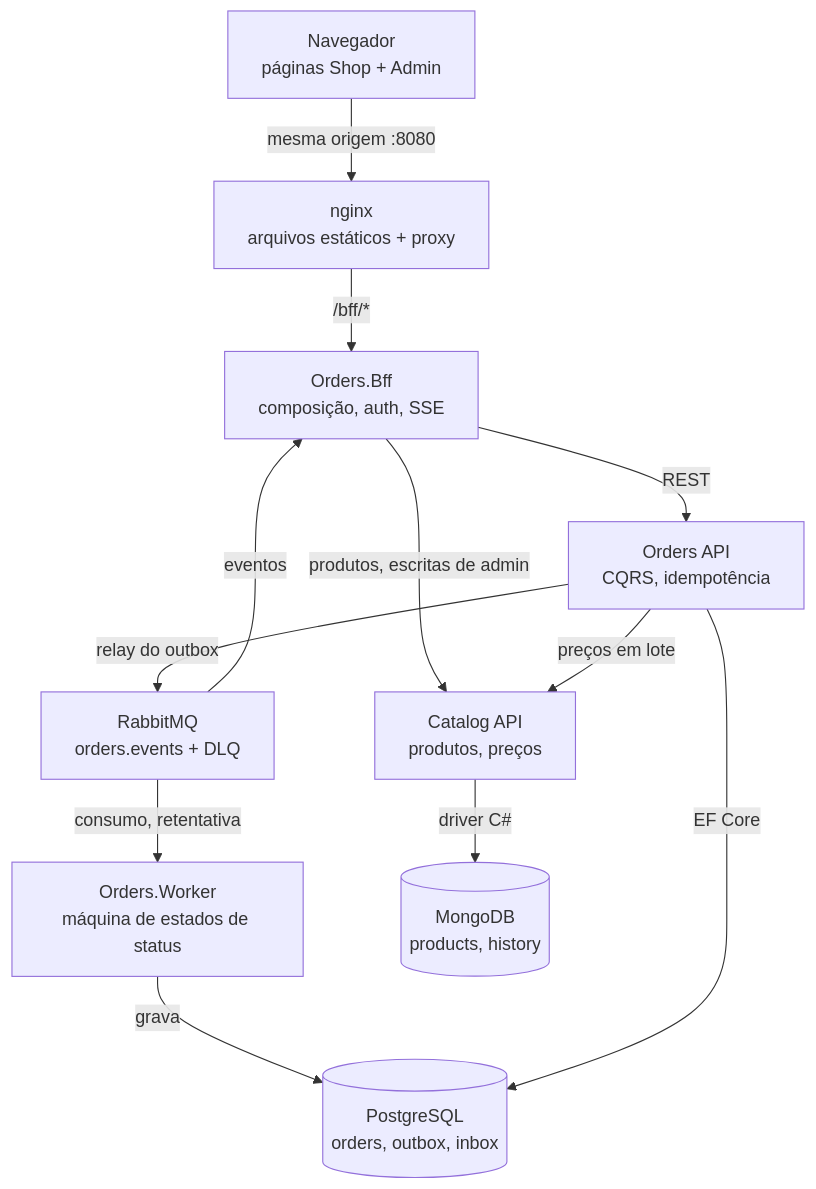
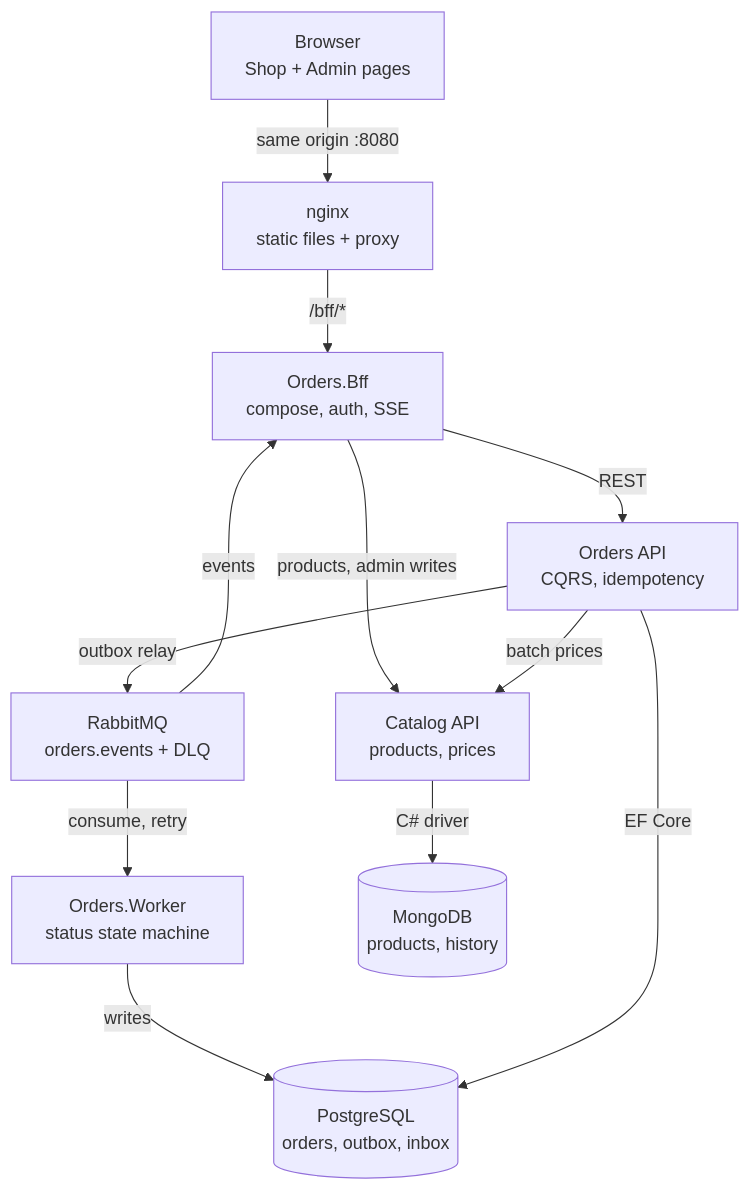
One commit to pleshw/StefaniniTest1 changed the diagram in docs/pt-br/01-implementation-plan.md. Above: the diagram before and after it, drawn with Mermaid. The commit also changed other lines of this file and 1 other file, not shown here.

````diff
--- a/docs/pt-br/01-implementation-plan.md
+++ b/docs/pt-br/01-implementation-plan.md
@@ -31,14 +31,14 @@
 ```mermaid
 flowchart TB
-    browser["Navegador<br/>páginas Shop + Admin"] -->|mesma origem :8080| nginx["nginx<br/>arquivos estáticos + proxy"]
-    nginx -->|/bff/*| bff["Orders.Bff<br/>composição, auth, SSE"]
-    bff -->|REST| orders["Orders API<br/>CQRS, idempotência"]
-    bff -->|produtos, escritas de admin| catalog["Catalog API<br/>produtos, preços"]
-    orders -->|preços em lote| catalog
-    orders -->|relay do outbox| rabbit["RabbitMQ<br/>orders.events + DLQ"]
-    rabbit -->|eventos| bff
-    rabbit -->|consumo, retentativa| worker["Orders.Worker<br/>máquina de estados de status"]
-    worker -->|grava| pg[("PostgreSQL<br/>orders, outbox, inbox")]
+    browser["Browser<br/>Shop + Admin pages"] -->|same origin :8080| nginx["nginx<br/>static files + proxy"]
+    nginx -->|/bff/*| bff["Orders.Bff<br/>compose, auth, SSE"]
+    bff -->|REST| orders["Orders API<br/>CQRS, idempotency"]
+    bff -->|products, admin writes| catalog["Catalog API<br/>products, prices"]
+    orders -->|batch prices| catalog
+    orders -->|outbox relay| rabbit["RabbitMQ<br/>orders.events + DLQ"]
+    rabbit -->|events| bff
+    rabbit -->|consume, retry| worker["Orders.Worker<br/>status state machine"]
+    worker -->|writes| pg[("PostgreSQL<br/>orders, outbox, inbox")]
     orders -->|EF Core| pg
-    catalog -->|driver C#| mongo[("MongoDB<br/>products, history")]
+    catalog -->|C# driver| mongo[("MongoDB<br/>products, history")]
 ```
````
